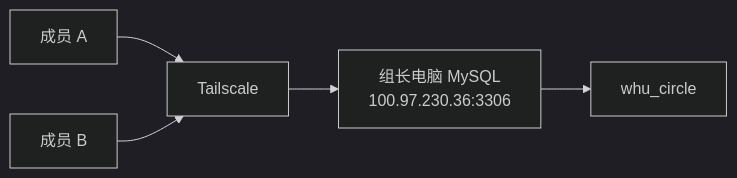
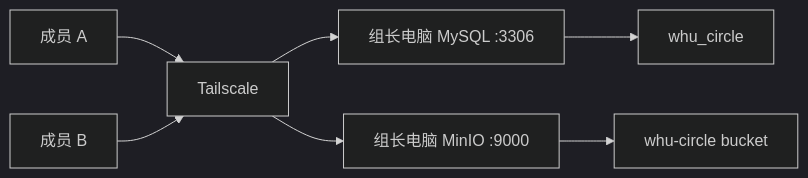
One commit to oliviawxx/whucircle changed the fourth of 18 diagrams in docs/系统设计说明书.md. Above: the diagram before and after it, drawn with Mermaid (dark theme). The commit also changed other lines of this file and 13 other files, not shown here.

````diff
--- a/docs/系统设计说明书.md
+++ b/docs/系统设计说明书.md
@@ -64,7 +66,9 @@
 ```mermaid
 flowchart LR
     DEV1["成员 A"] --> TS["Tailscale"]
     DEV2["成员 B"] --> TS
-    TS --> DB["组长电脑 MySQL<br/>100.97.230.36:3306"]
+    TS --> DB["组长电脑 MySQL :3306"]
+    TS --> MINIO["组长电脑 MinIO :9000"]
     DB --> DBS["whu_circle"]
+    MINIO --> BUCKET["whu-circle bucket"]
 ```
````
